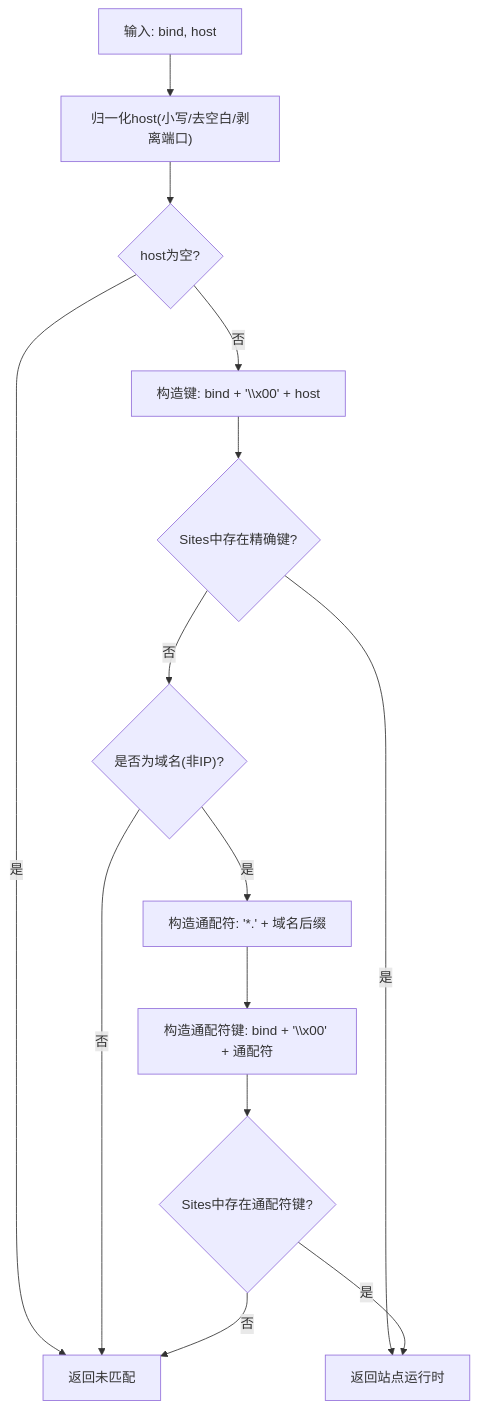
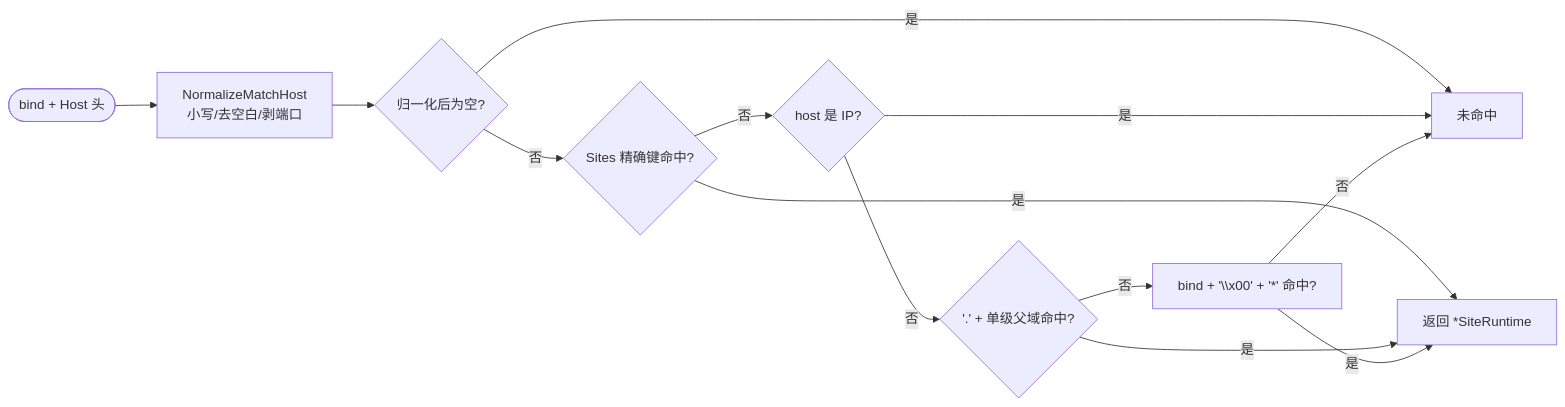
The fifth of 6 diagrams in docs/配置管理系统/配置快照机制.md (x01n/My-OpenWaf), drawn with Mermaid before and after one commit. The commit also changed other lines of this file and 622 other files, not shown here.

````diff
--- a/docs/配置管理系统/配置快照机制.md
+++ b/docs/配置管理系统/配置快照机制.md
@@ -322,16 +398,15 @@
 ```mermaid
-flowchart TD
-S["输入: bind, host"] --> N["归一化host(小写/去空白/剥离端口)"]
-N --> Empty{"host为空?"}
-Empty --> |是| Fail["返回未匹配"]
-Empty --> |否| K["构造键: bind + '\\x00' + host"]
-K --> Exact{"Sites中存在精确键?"}
-Exact --> |是| Ok["返回站点运行时"]
-Exact --> |否| Wild{"是否为域名(非IP)?"}
-Wild --> |否| Fail
-Wild --> |是| W["构造通配符: '*.' + 域名后缀"]
-W --> WK["构造通配符键: bind + '\\x00' + 通配符"]
-WK --> WildHit{"Sites中存在通配符键?"}
-WildHit --> |是| Ok
-WildHit --> |否| Fail
+flowchart LR
+In(["bind + Host 头"]) --> Norm["NormalizeMatchHost<br/>小写/去空白/剥端口"]
+Norm --> Empty{"归一化后为空?"}
+Empty --> |是| Miss["未命中"]
+Empty --> |否| Exact{"Sites 精确键命中?"}
+Exact --> |是| Hit["返回 *SiteRuntime"]
+Exact --> |否| IsIP{"host 是 IP?"}
+IsIP --> |是| Miss
+IsIP --> |否| Wild{"'.' + 单级父域命中?"}
+Wild --> |是| Hit
+Wild --> |否| Catch["bind + '\\x00' + '*' 命中?"]
+Catch --> |是| Hit
+Catch --> |否| Miss
 ```
````
